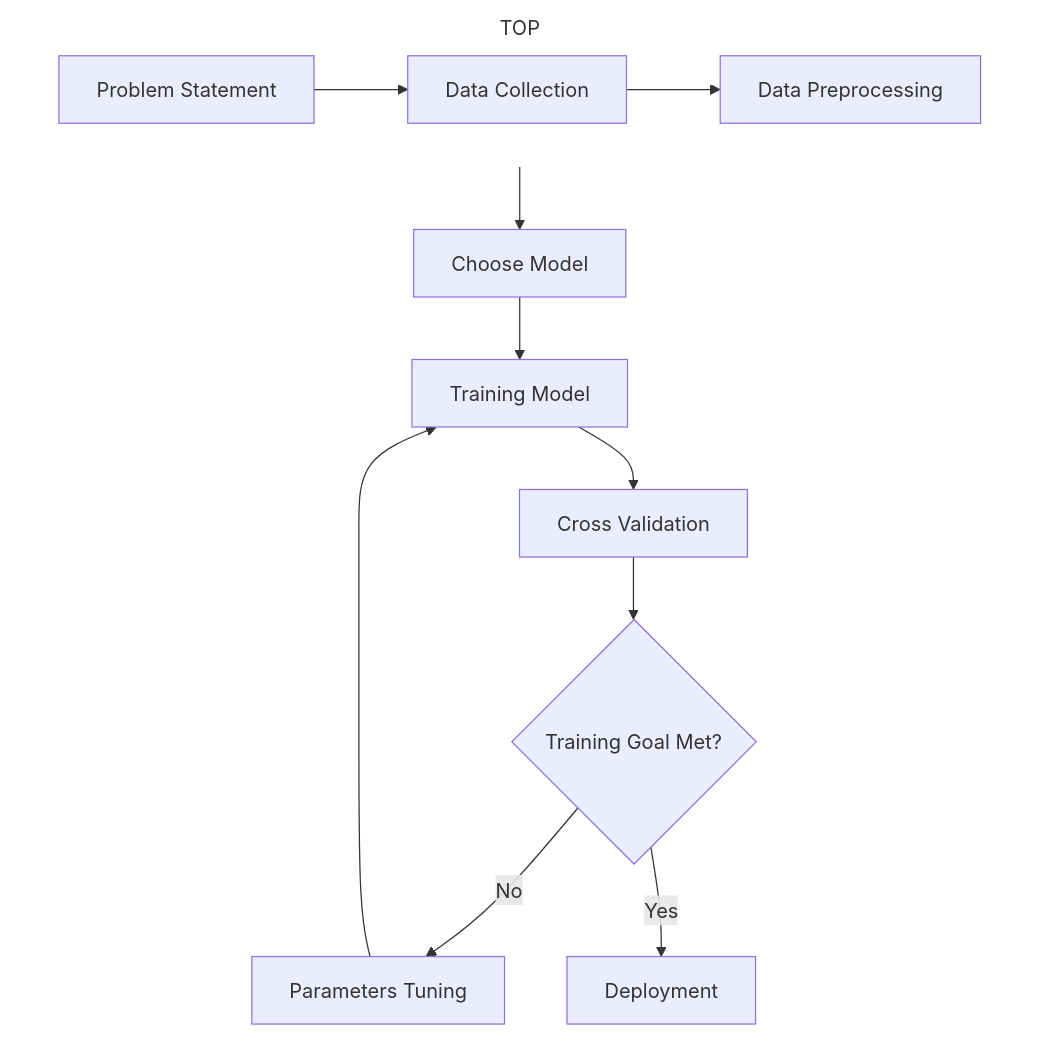
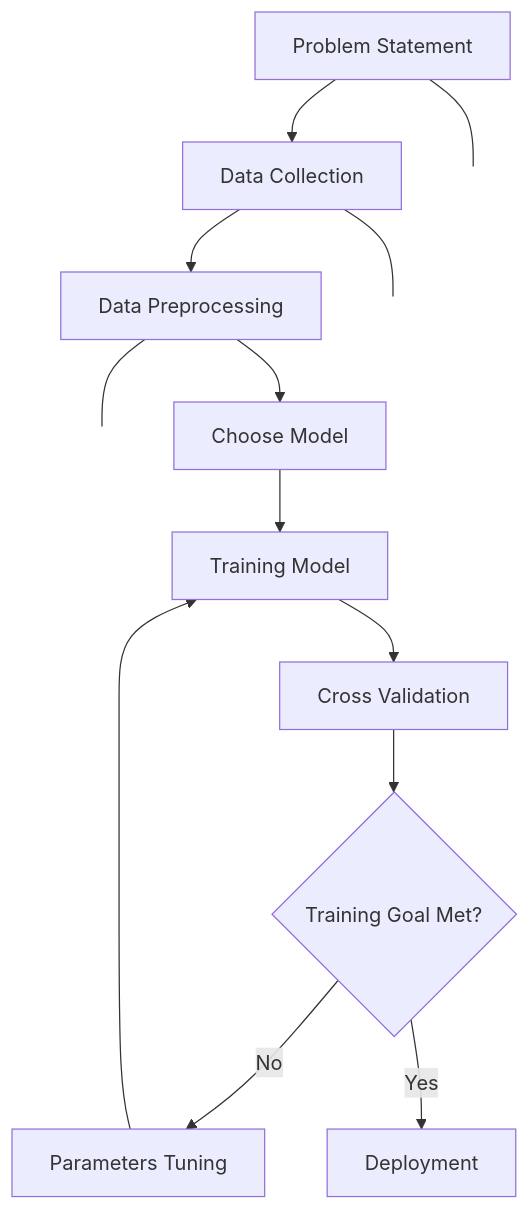
One commit to Yohansgit/Machine-Learning_Models_Projects changed the first of 3 diagrams in flowchart_test-1.md. Above: the diagram before and after it, drawn with Mermaid.

````diff
--- a/flowchart_test-1.md
+++ b/flowchart_test-1.md
@@ -1,22 +1,29 @@
 ```mermaid
 flowchart TD
 
-    %% ========== top row forced horizontal inside a subgraph ==========
-    subgraph TOP
-    direction LR
-        A[Problem Statement] --> B[Data Collection] --> C[Data Preprocessing]
-    end
+    %% Invisible helpers to force horizontal alignment for the first row
+    A[Problem Statement]
+    B[Data Collection]
+    C[Data Preprocessing]
 
-    %% hide subgraph border/background so it doesn't create a yellow banner
-    style TOP fill:none,stroke:none
+    A --> B
+    B --> C
 
-    %% ========== vertical flow after Data Preprocessing ==========
+    %% Force B and C to stay on same row by locking them to invisible nodes
+    A --- X1(( )):::invis
+    B --- X2(( )):::invis
+    C --- X3(( )):::invis
+
+    %% Vertical flow begins here
     C --> D[Choose Model]
     D --> E[Training Model]
     E --> F[Cross Validation]
     F --> G{Training Goal Met?}
     G -- No --> H[Parameters Tuning]
     H --> E
     G -- Yes --> I[Deployment]
 
+    %% Style for invisible alignment nodes
+    classDef invis fill:none,stroke:none;
+
 ```
````
